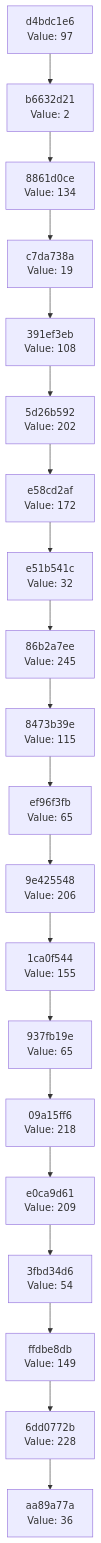
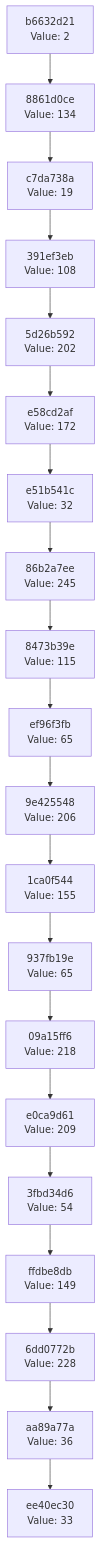
One commit to Abhisheksinha1506/hash-chain-evolver changed the diagram in docs/CHAIN_VISUALIZATION.md. Above: the diagram before and after it, drawn with Mermaid. The commit also changed 2 other files, not shown here.

Commit message:
Evolution step: hash 0x21 → action executed

````diff
--- a/docs/CHAIN_VISUALIZATION.md
+++ b/docs/CHAIN_VISUALIZATION.md
@@ -3,42 +3,42 @@
 ```mermaid
 graph TD
-    C0["aa89a77a<br/>Value: 36"]
-    C1["6dd0772b<br/>Value: 228"]
+    C0["ee40ec30<br/>Value: 33"]
+    C1["aa89a77a<br/>Value: 36"]
     C1 --> C0
-    C2["ffdbe8db<br/>Value: 149"]
+    C2["6dd0772b<br/>Value: 228"]
     C2 --> C1
-    C3["3fbd34d6<br/>Value: 54"]
+    C3["ffdbe8db<br/>Value: 149"]
     C3 --> C2
-    C4["e0ca9d61<br/>Value: 209"]
+    C4["3fbd34d6<br/>Value: 54"]
     C4 --> C3
-    C5["09a15ff6<br/>Value: 218"]
+    C5["e0ca9d61<br/>Value: 209"]
     C5 --> C4
-    C6["937fb19e<br/>Value: 65"]
+    C6["09a15ff6<br/>Value: 218"]
     C6 --> C5
-    C7["1ca0f544<br/>Value: 155"]
+    C7["937fb19e<br/>Value: 65"]
     C7 --> C6
-    C8["9e425548<br/>Value: 206"]
+    C8["1ca0f544<br/>Value: 155"]
     C8 --> C7
-    C9["ef96f3fb<br/>Value: 65"]
+    C9["9e425548<br/>Value: 206"]
     C9 --> C8
-    C10["8473b39e<br/>Value: 115"]
+    C10["ef96f3fb<br/>Value: 65"]
     C10 --> C9
-    C11["86b2a7ee<br/>Value: 245"]
+    C11["8473b39e<br/>Value: 115"]
     C11 --> C10
-    C12["e51b541c<br/>Value: 32"]
+    C12["86b2a7ee<br/>Value: 245"]
     C12 --> C11
-    C13["e58cd2af<br/>Value: 172"]
+    C13["e51b541c<br/>Value: 32"]
     C13 --> C12
-    C14["5d26b592<br/>Value: 202"]
+    C14["e58cd2af<br/>Value: 172"]
     C14 --> C13
-    C15["391ef3eb<br/>Value: 108"]
+    C15["5d26b592<br/>Value: 202"]
     C15 --> C14
-    C16["c7da738a<br/>Value: 19"]
+    C16["391ef3eb<br/>Value: 108"]
     C16 --> C15
-    C17["8861d0ce<br/>Value: 134"]
+    C17["c7da738a<br/>Value: 19"]
     C17 --> C16
-    C18["b6632d21<br/>Value: 2"]
+    C18["8861d0ce<br/>Value: 134"]
     C18 --> C17
-    C19["d4bdc1e6<br/>Value: 97"]
+    C19["b6632d21<br/>Value: 2"]
     C19 --> C18
 ```
````
